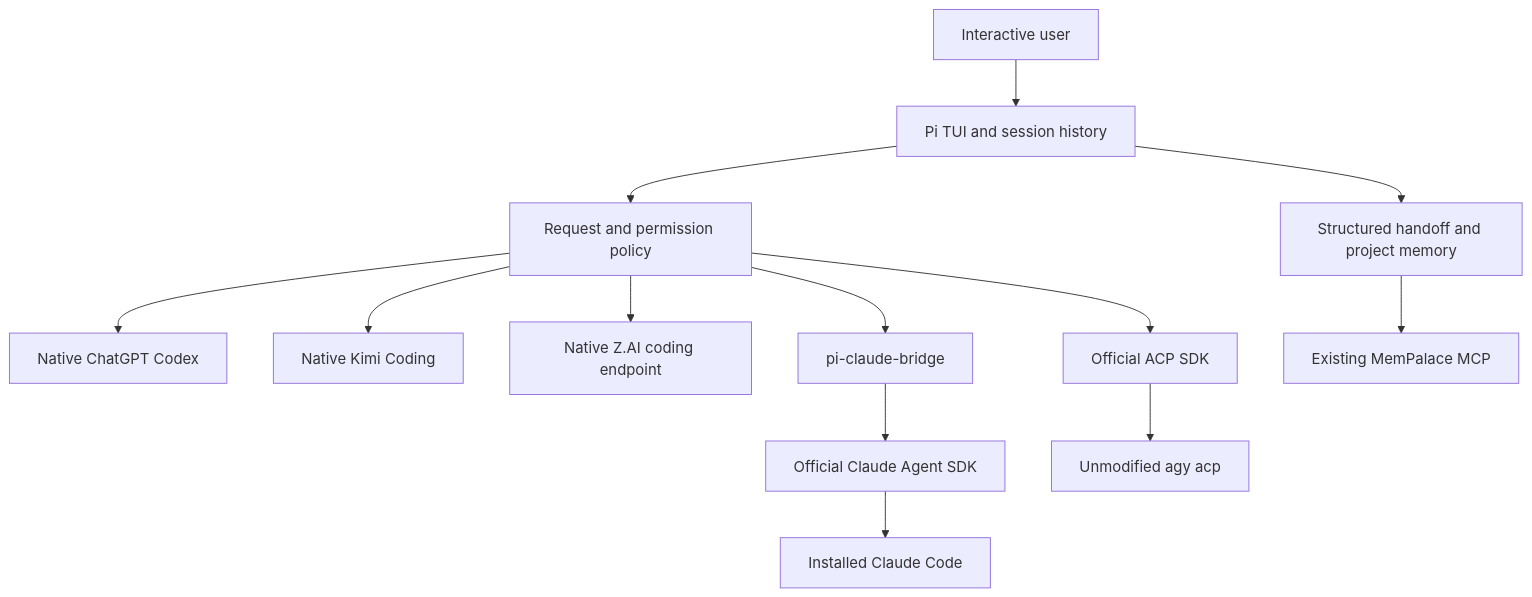
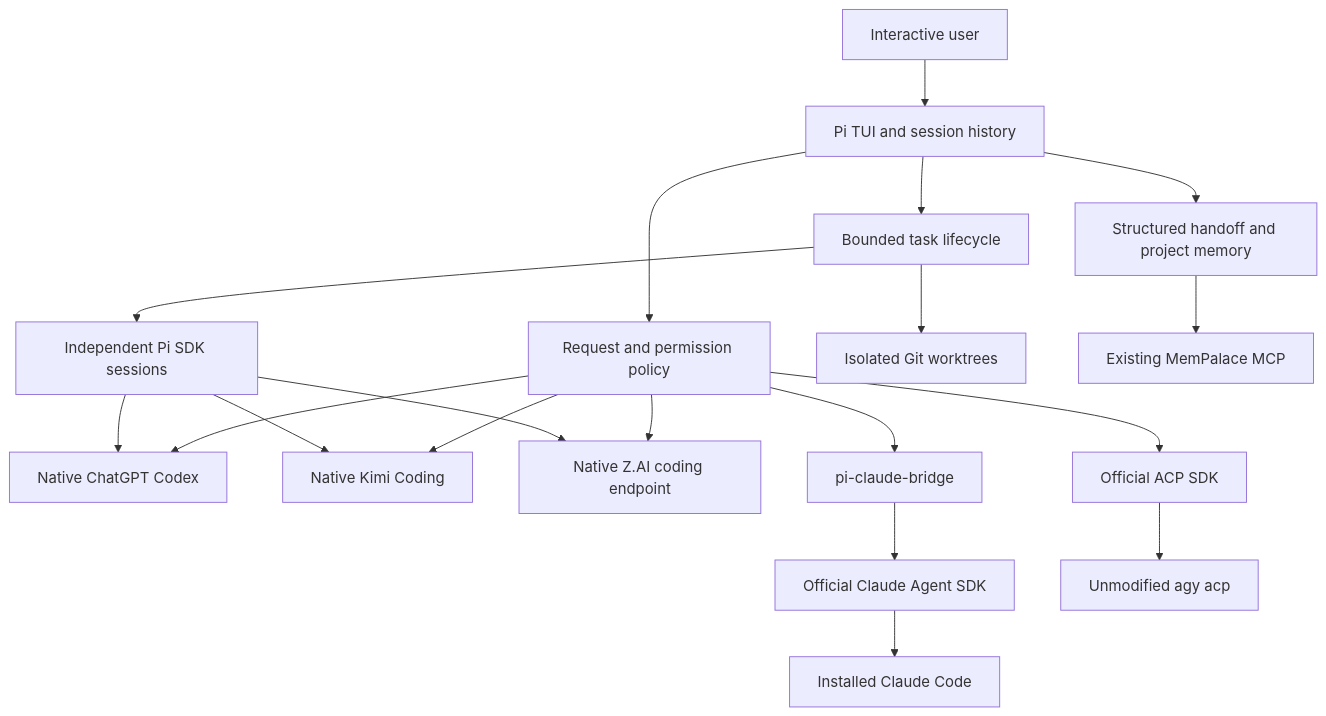
One commit to jabez007/pi-poly-agent changed the diagram in docs/architecture.md. Above: the diagram before and after it, drawn with Mermaid. The commit also changed other lines of this file and 32 other files, not shown here.

````diff
--- a/docs/architecture.md
+++ b/docs/architecture.md
@@ -5,15 +5,21 @@
 ```mermaid
 flowchart TD
     User[Interactive user] --> Pi[Pi TUI and session history]
     Pi --> Policy[Request and permission policy]
     Policy --> Codex[Native ChatGPT Codex]
     Policy --> Kimi[Native Kimi Coding]
     Policy --> Zai[Native Z.AI coding endpoint]
     Policy --> Claude[pi-claude-bridge]
     Claude --> SDK[Official Claude Agent SDK]
     SDK --> CC[Installed Claude Code]
     Policy --> ACP[Official ACP SDK]
     ACP --> Google[Unmodified agy acp]
+    Pi --> Tasks[Bounded task lifecycle]
+    Tasks --> Workers[Independent Pi SDK sessions]
+    Workers --> Codex
+    Workers --> Kimi
+    Workers --> Zai
+    Tasks --> Worktrees[Isolated Git worktrees]
     Pi --> Memory[Structured handoff and project memory]
     Memory --> MCP[Existing MemPalace MCP]
 ```
````
